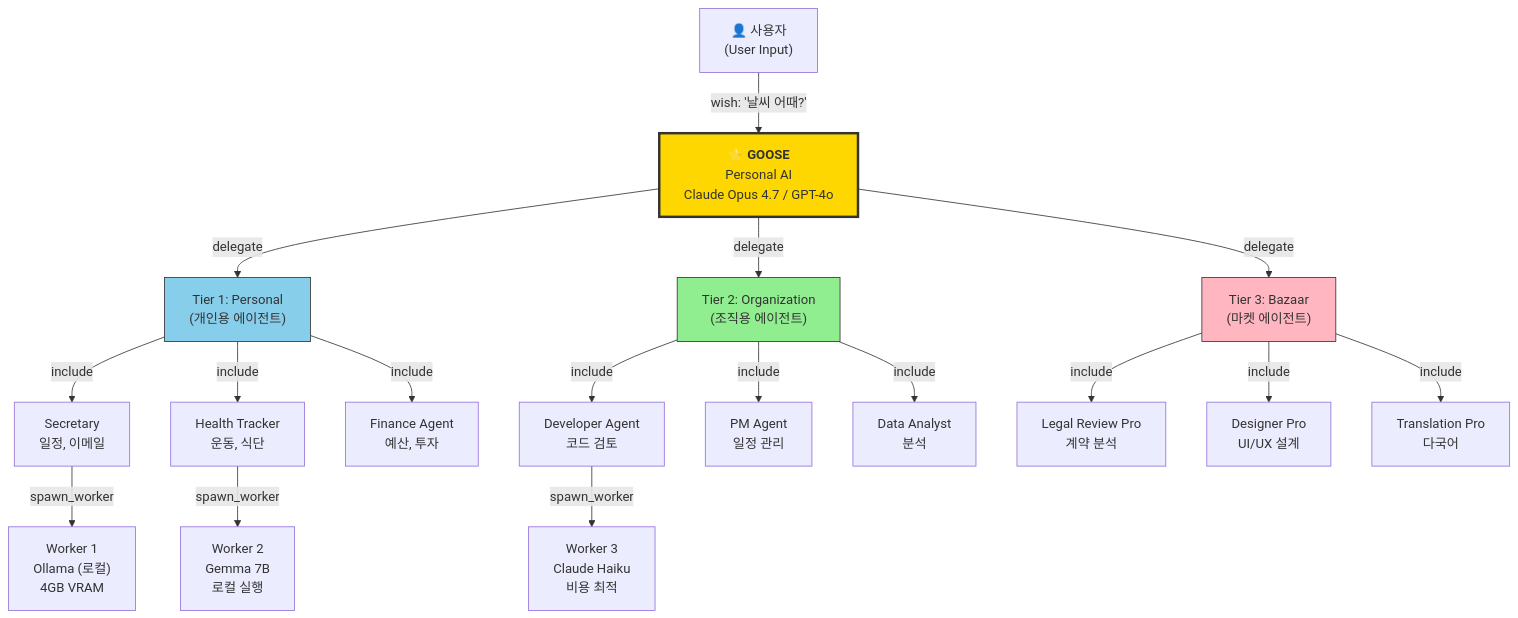
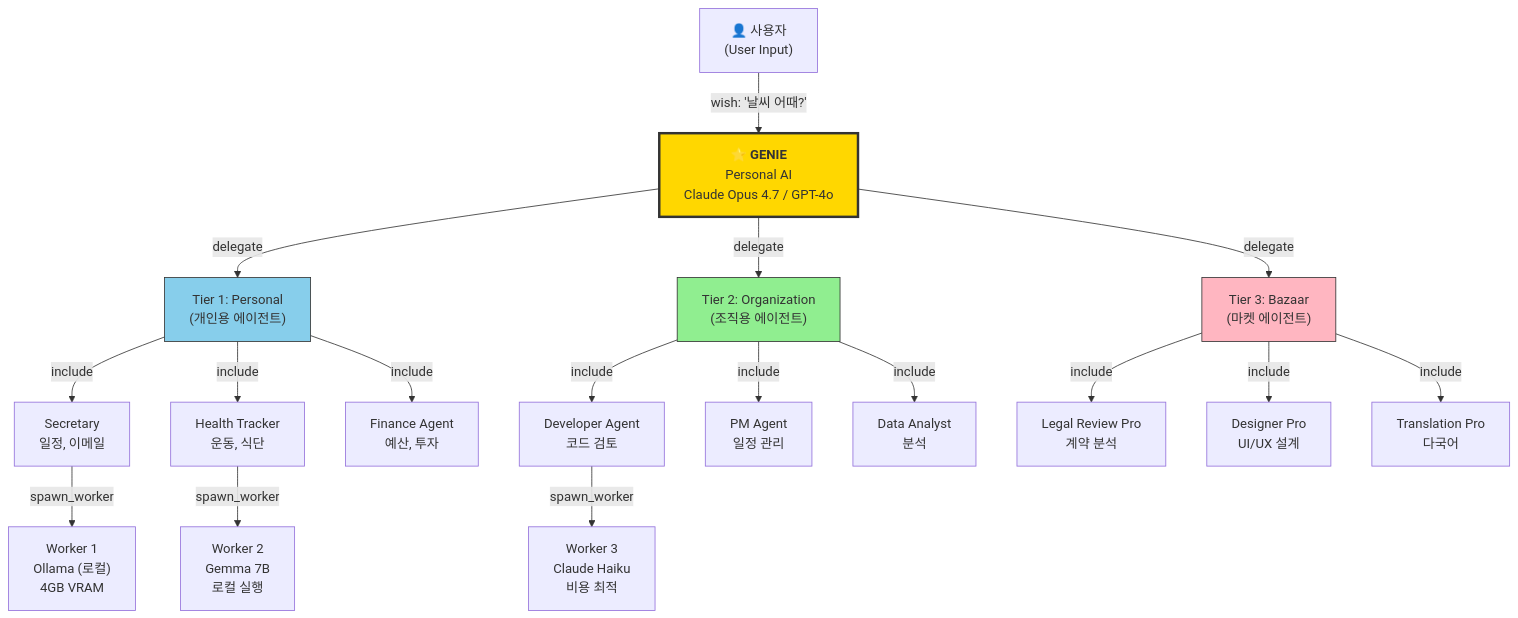
Before and after one commit to modu-ai/mink: the second of 5 diagrams in .moai/project/structure.md, drawn with Mermaid. The commit also changed other lines of this file and 149 other files, not shown here.

First line of the commit message:
refactor: goose → genie 식별자 전면 치환 (L3 전환 1/2)

````diff
--- a/.moai/project/structure.md
+++ b/.moai/project/structure.md
@@ -582,31 +582,31 @@
 ```mermaid
 graph TD
     User["👤 사용자<br/>(User Input)"]
     
-    User -->|wish: '날씨 어때?'| GOOSE["⭐ <b>GOOSE</b><br/>Personal AI<br/>Claude Opus 4.7 / GPT-4o"]
+    User -->|wish: '날씨 어때?'| GENIE["⭐ <b>GENIE</b><br/>Personal AI<br/>Claude Opus 4.7 / GPT-4o"]
     
-    GOOSE -->|delegate| PersonalAgents["Tier 1: Personal<br/>(개인용 에이전트)"]
-    GOOSE -->|delegate| OrgAgents["Tier 2: Organization<br/>(조직용 에이전트)"]
-    GOOSE -->|delegate| BazaarAgents["Tier 3: Bazaar<br/>(마켓 에이전트)"]
+    GENIE -->|delegate| PersonalAgents["Tier 1: Personal<br/>(개인용 에이전트)"]
+    GENIE -->|delegate| OrgAgents["Tier 2: Organization<br/>(조직용 에이전트)"]
+    GENIE -->|delegate| BazaarAgents["Tier 3: Bazaar<br/>(마켓 에이전트)"]
     
     PersonalAgents -->|include| Secretary["Secretary<br/>일정, 이메일"]
     PersonalAgents -->|include| HealthTracker["Health Tracker<br/>운동, 식단"]
     PersonalAgents -->|include| FinanceAgent["Finance Agent<br/>예산, 투자"]
     
     OrgAgents -->|include| DevAgent["Developer Agent<br/>코드 검토"]
     OrgAgents -->|include| PMAgent["PM Agent<br/>일정 관리"]
     OrgAgents -->|include| DataAgent["Data Analyst<br/>분석"]
     
     BazaarAgents -->|include| LegalReview["Legal Review Pro<br/>계약 분석"]
     BazaarAgents -->|include| DesignPro["Designer Pro<br/>UI/UX 설계"]
     BazaarAgents -->|include| TranslateAgent["Translation Pro<br/>다국어"]
     
     Secretary -->|spawn_worker| W1["Worker 1<br/>Ollama (로컬)<br/>4GB VRAM"]
     HealthTracker -->|spawn_worker| W2["Worker 2<br/>Gemma 7B<br/>로컬 실행"]
     DevAgent -->|spawn_worker| W3["Worker 3<br/>Claude Haiku<br/>비용 최적"]
     
-    style GOOSE fill:#FFD700,stroke:#333,stroke-width:3px
+    style GENIE fill:#FFD700,stroke:#333,stroke-width:3px
     style PersonalAgents fill:#87CEEB,stroke:#333
     style OrgAgents fill:#90EE90,stroke:#333
     style BazaarAgents fill:#FFB6C1,stroke:#333
 ```
````
